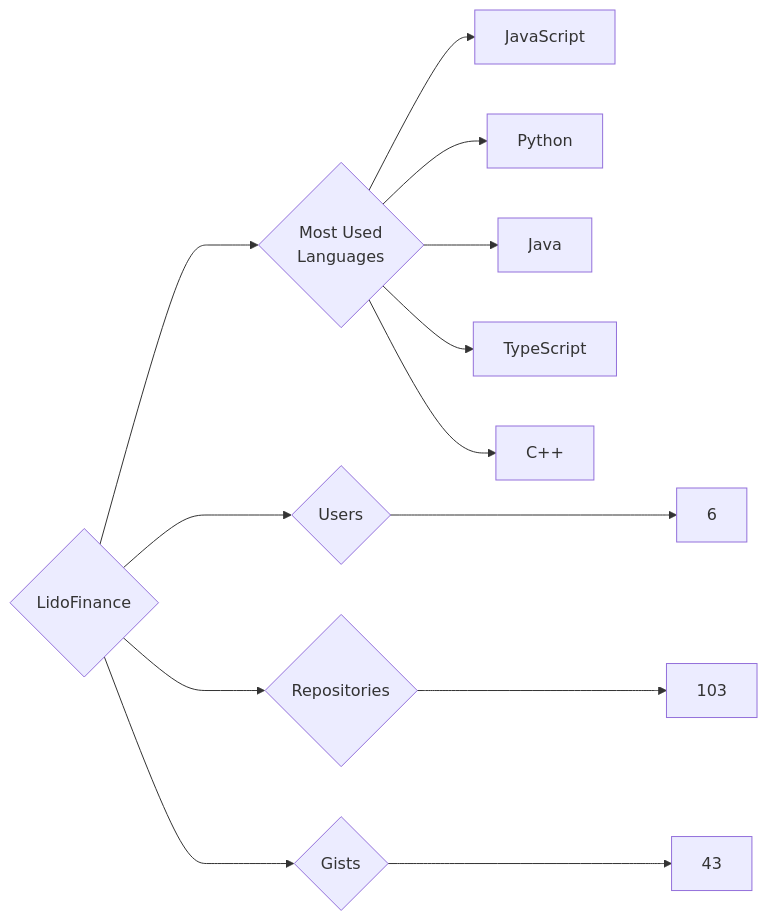
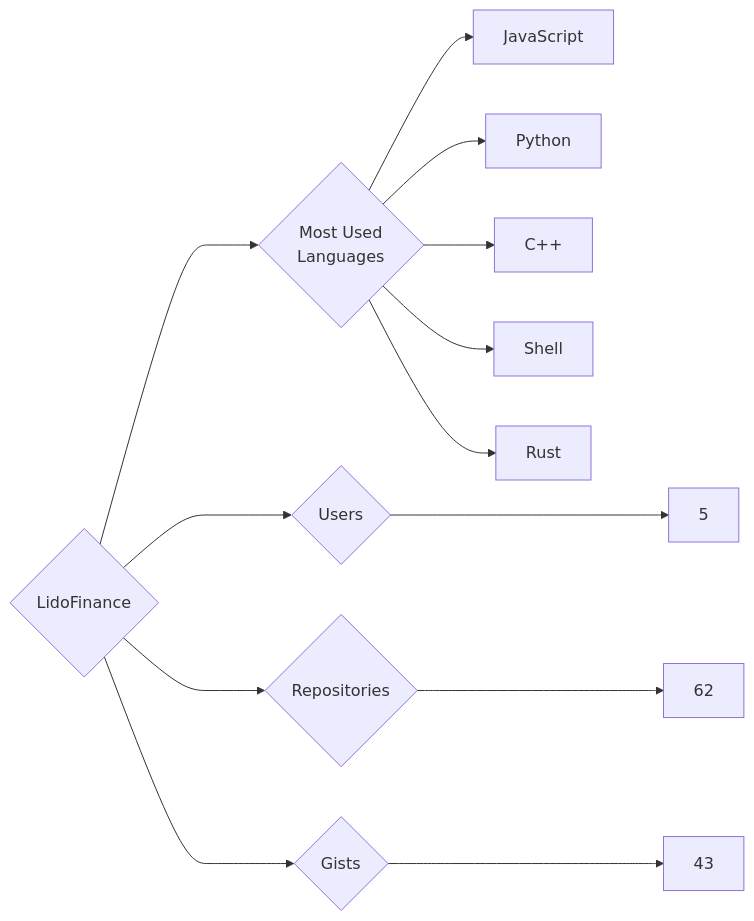
One commit to trickest/insiders changed the diagram in targets/LidoFinance/README.md. Above: the diagram before and after it, drawn with Mermaid. The commit also changed 1248 other files, not shown here.

````diff
--- a/targets/LidoFinance/README.md
+++ b/targets/LidoFinance/README.md
@@ -3,13 +3,13 @@
 ```mermaid
 graph LR
 COMPANY_NAME{LidoFinance}
-COMPANY_NAME ---> U{Users} ---> UN[6]
-COMPANY_NAME ---> R{Repositories} ---> RN[103]
+COMPANY_NAME ---> U{Users} ---> UN[5]
+COMPANY_NAME ---> R{Repositories} ---> RN[62]
 COMPANY_NAME ---> G{Gists} ---> GN[43]
 COMPANY_NAME ---> ML{Most Used<br>Languages}
 ML --> JavaScript[JavaScript]
 ML --> Python[Python]
-ML --> Java[Java]
-ML --> TypeScript[TypeScript]
 ML --> C++[C++]
+ML --> Shell[Shell]
+ML --> Rust[Rust]
 ```
````
